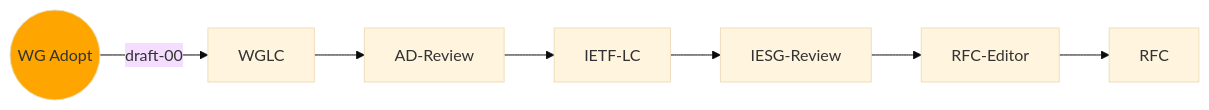
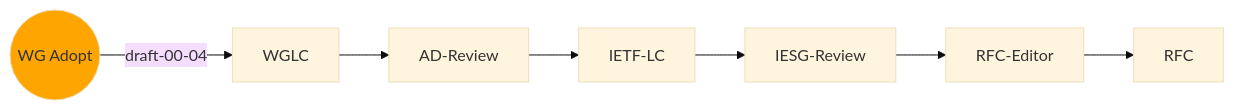
One commit to ietf-wg-httpapi/ietf-wg-httpapi.github.io changed the seventh of 13 diagrams in index.md. Above: the diagram before and after it, drawn with Mermaid (base theme). The commit also changed other lines of this file, not shown here.

````diff
--- a/index.md
+++ b/index.md
@@ -142,13 +117,13 @@
 ```mermaid
 graph LR
     classDef current fill:orange
     classDef lastIETF fill:pink
 
-    WG-Adopt((WG Adopt)) --draft-00--> WGLC
+    WG-Adopt((WG Adopt)) --draft-00-04--> WGLC
     class WG-Adopt current
     WGLC --> AD-Review
     AD-Review --> IETF-LC
     IETF-LC --> IESG-Review
     IESG-Review --> RFC-Editor
     RFC-Editor --> RFC
 ```
````
